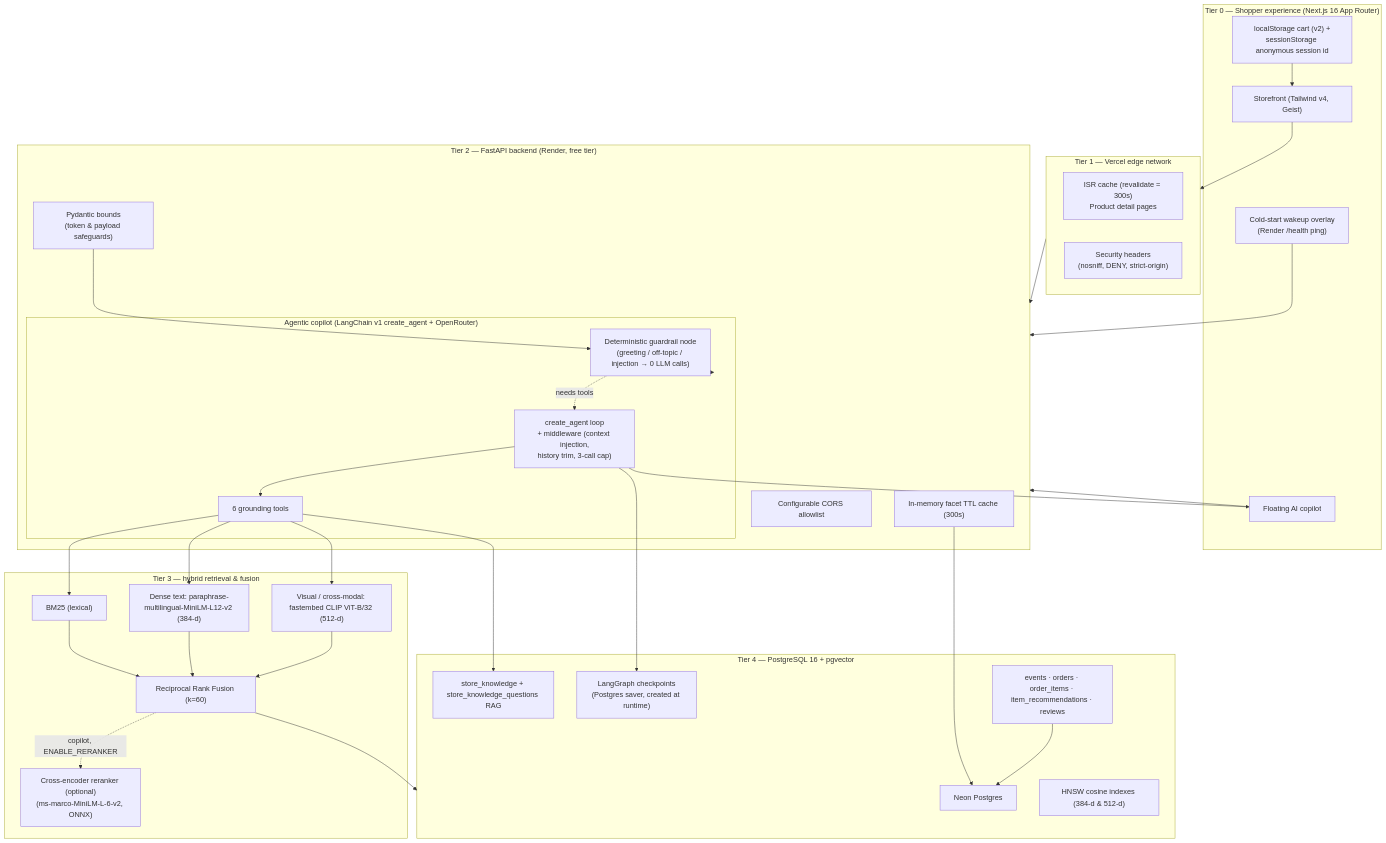
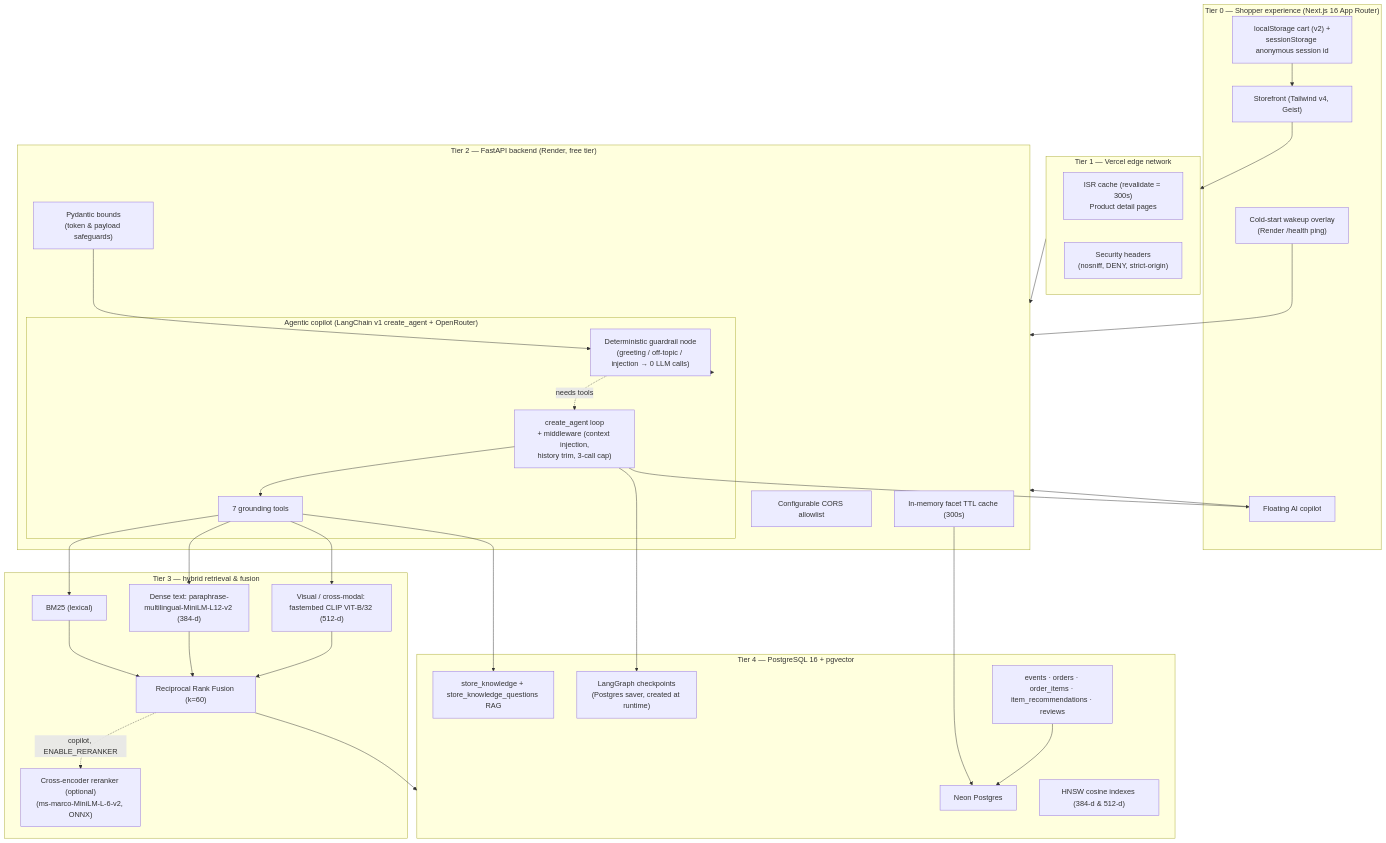
Before and after one commit to marknshoot/toko-marcell: the first of 4 diagrams in README.md, drawn with Mermaid. The commit also changed other lines of this file and 28 other files, not shown here.

````diff
--- a/README.md
+++ b/README.md
@@ -200,57 +200,57 @@
 ```mermaid
 flowchart TD
     subgraph Client["Tier 0 — Shopper experience (Next.js 16 App Router)"]
         UI["Storefront (Tailwind v4, Geist)"]
         Chat["Floating AI copilot"]
         Wakeup["Cold-start wakeup overlay<br/>(Render /health ping)"]
         ClientState["localStorage cart (v2) +<br/>sessionStorage anonymous session id"]
     end
 
     subgraph Edge["Tier 1 — Vercel edge network"]
         ISR["ISR cache (revalidate = 300s)<br/>Product detail pages"]
         Headers["Security headers<br/>(nosniff, DENY, strict-origin)"]
     end
 
     subgraph API["Tier 2 — FastAPI backend (Render, free tier)"]
         CORS["Configurable CORS allowlist"]
         Cache["In-memory facet TTL cache (300s)"]
         Val["Pydantic bounds<br/>(token & payload safeguards)"]
         subgraph Orchestration["Agentic copilot (LangChain v1 create_agent + OpenRouter)"]
             Guard["Deterministic guardrail node<br/>(greeting / off-topic / injection → 0 LLM calls)"]
             Agent["create_agent loop<br/>+ middleware (context injection,<br/>history trim, 3-call cap)"]
-            Tools6["6 grounding tools"]
+            Tools6["7 grounding tools"]
         end
     end
 
     subgraph Retrieval["Tier 3 — hybrid retrieval & fusion"]
         BM25["BM25 (lexical)"]
         MiniLM["Dense text: paraphrase-multilingual-MiniLM-L12-v2 (384-d)"]
         CLIP["Visual / cross-modal: fastembed CLIP ViT-B/32 (512-d)"]
         RRF["Reciprocal Rank Fusion (k=60)"]
         CE["Cross-encoder reranker (optional)<br/>(ms-marco-MiniLM-L-6-v2, ONNX)"]
     end
 
     subgraph Storage["Tier 4 — PostgreSQL 16 + pgvector"]
         PG["Neon Postgres"]
         HNSW["HNSW cosine indexes (384-d & 512-d)"]
         RAG["store_knowledge + store_knowledge_questions RAG"]
         Ckpt["LangGraph checkpoints<br/>(Postgres saver, created at runtime)"]
         Ops["events · orders · order_items · item_recommendations · reviews"]
     end
 
     UI --> Edge --> API
     Chat --> API
     Wakeup --> API
     ClientState --> UI
     API --> Guard
     Guard -. "needs tools" .-> Agent --> Tools6
     Tools6 --> BM25 & MiniLM & CLIP
     BM25 & MiniLM & CLIP --> RRF --> Storage
     RRF -. "copilot, ENABLE_RERANKER" .-> CE
     Tools6 --> RAG
     Agent --> Ckpt
     Agent --> Chat
     Cache --> PG
     Val --> Guard
     Ops --> PG
 ```
````
